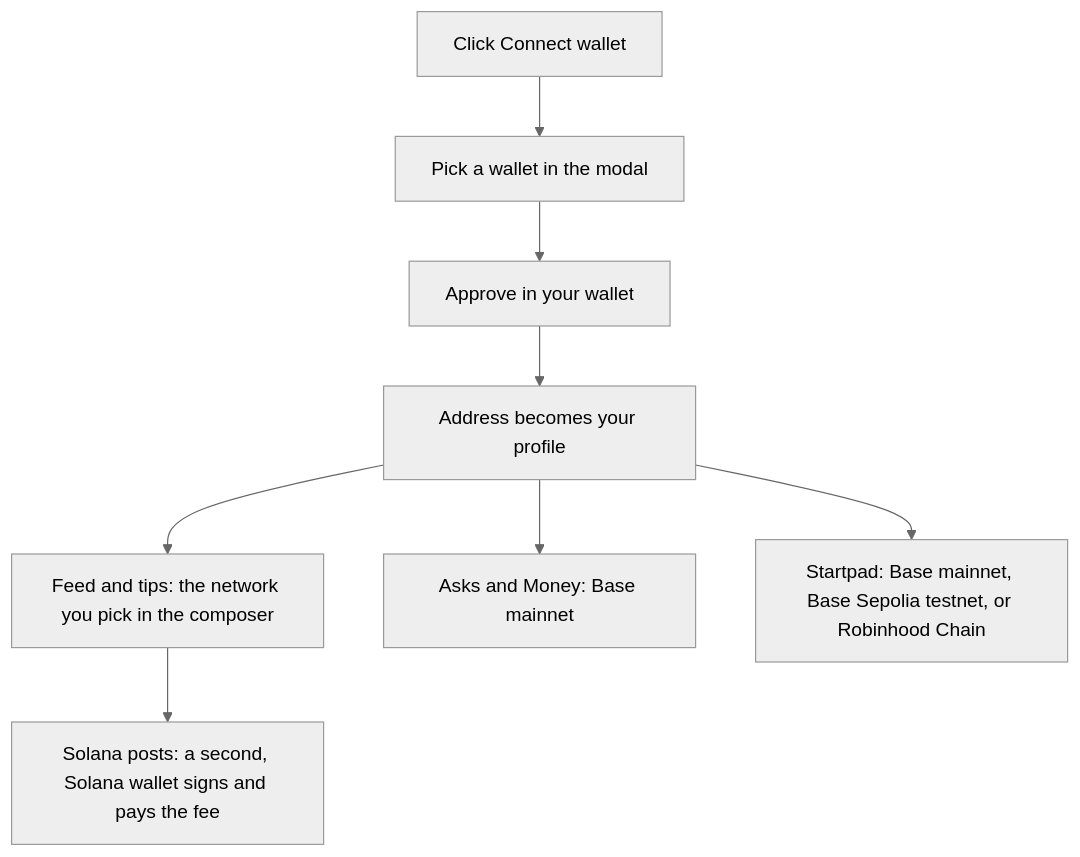
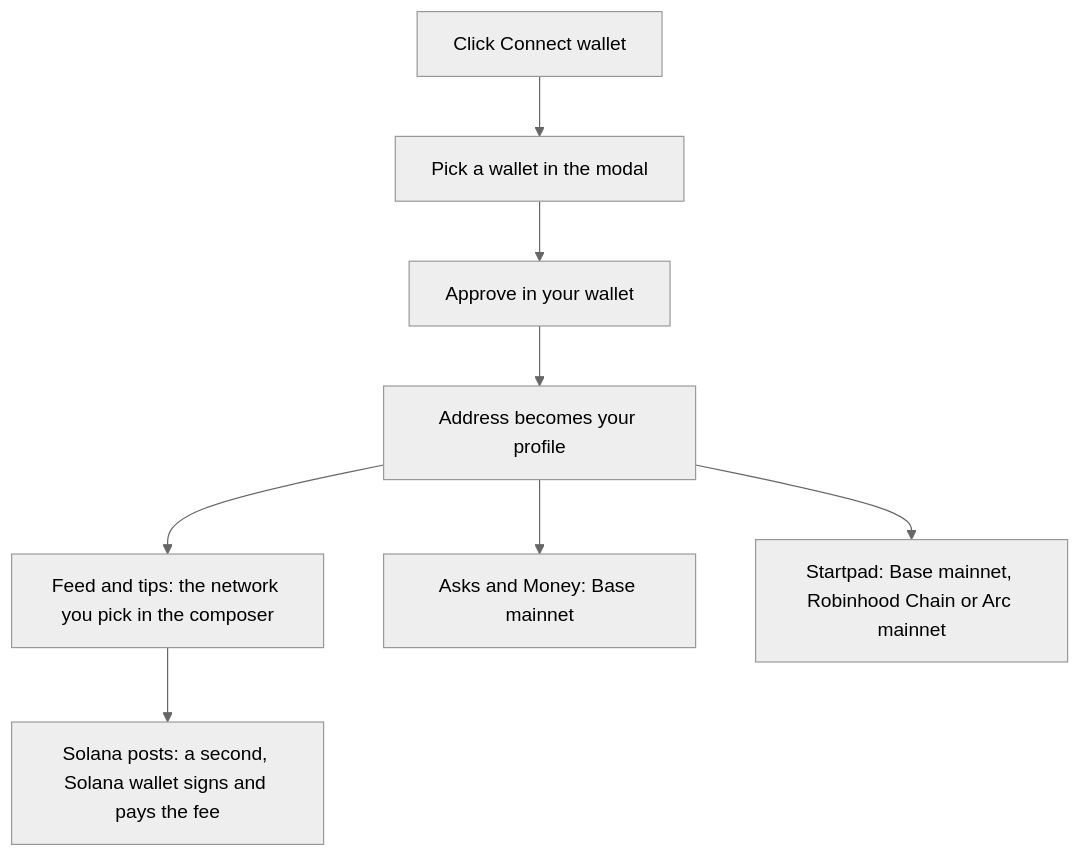
Before and after one commit to Story91/mysphere: the diagram in app/Docs/_content/getting-started.md, drawn with Mermaid (neutral theme). The commit also changed other lines of this file and 12 other files, not shown here.

First line of the commit message:
docs: poprawki /how, Docs, Re-Definition i llms.txt wg kodu (Aski SOL, Perps, Arc mainnet)

````diff
--- a/app/Docs/_content/getting-started.md
+++ b/app/Docs/_content/getting-started.md
@@ -38,10 +39,10 @@
 ```mermaid
 flowchart TD
     A["Click Connect wallet"] --> B["Pick a wallet in the modal"]
     B --> C["Approve in your wallet"]
     C --> D["Address becomes your profile"]
     D --> E["Feed and tips: the network you pick in the composer"]
     E --> H["Solana posts: a second, Solana wallet signs and pays the fee"]
     D --> F["Asks and Money: Base mainnet"]
-    D --> G["Startpad: Base mainnet, Base Sepolia testnet, or Robinhood Chain"]
+    D --> G["Startpad: Base mainnet, Robinhood Chain or Arc mainnet"]
 ```
````
